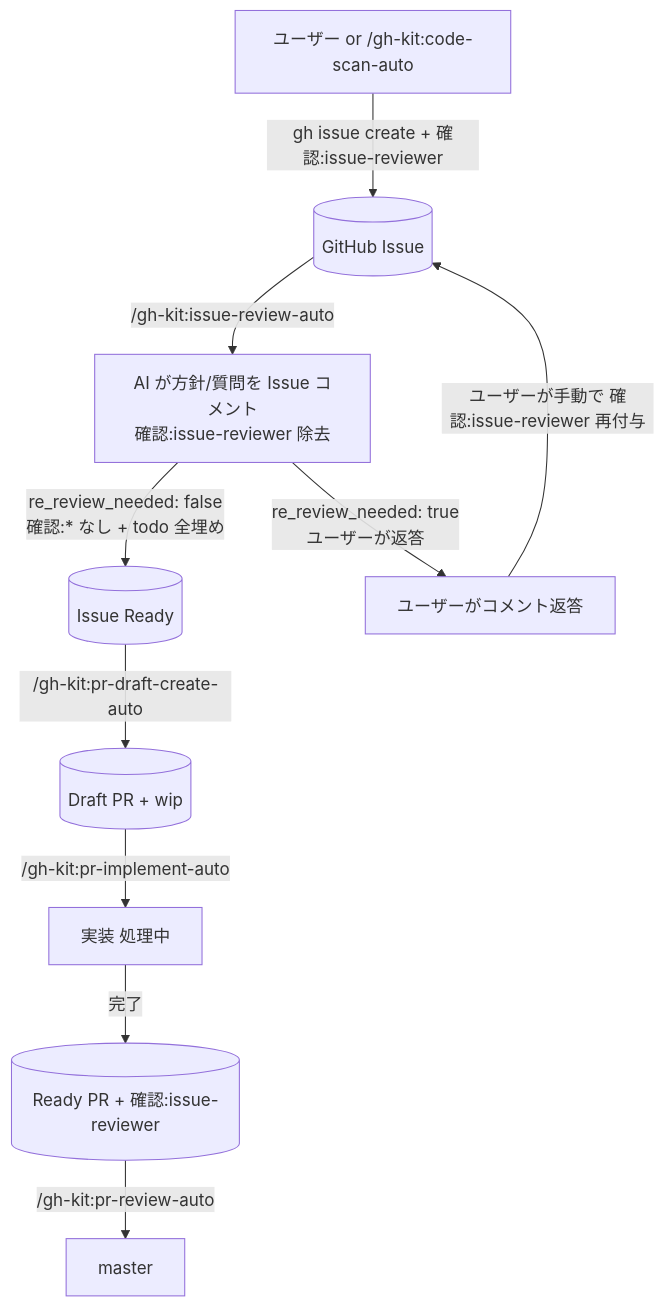
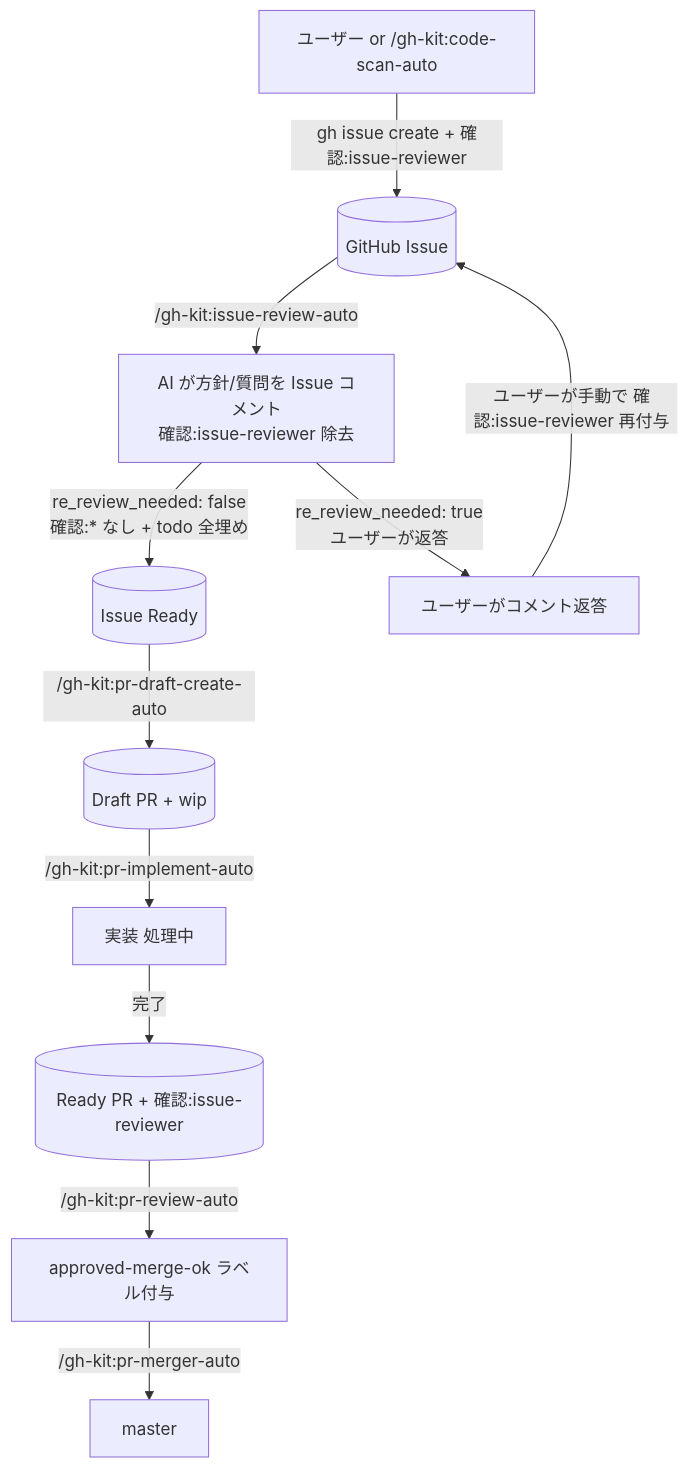
The diagram in plugins/gh-kit/CLAUDE.md (shuhei1101/my-plugins), drawn with Mermaid before and after one commit. The commit also changed other lines of this file and 9 other files, not shown here.

First line of the commit message:
feat: pr-merger を新設し、pr-review からマージ責務を分離する (#205)

````diff
--- a/plugins/gh-kit/CLAUDE.md
+++ b/plugins/gh-kit/CLAUDE.md
@@ -9,12 +9,13 @@
 ```mermaid
 flowchart TD
   U[ユーザー or /gh-kit:code-scan-auto] -->|gh issue create + 確認:issue-reviewer| Issue[(GitHub Issue)]
   Issue -->|/gh-kit:issue-review-auto| Review[AI が方針/質問を Issue コメント<br>確認:issue-reviewer 除去]
   Review -->|re_review_needed: false<br>確認:* なし + todo 全埋め| Ready[(Issue Ready)]
   Review -->|re_review_needed: true<br>ユーザーが返答| UserReply[ユーザーがコメント返答]
   UserReply -->|ユーザーが手動で 確認:issue-reviewer 再付与| Issue
   Ready -->|/gh-kit:pr-draft-create-auto| WIP[(Draft PR + wip)]
   WIP -->|/gh-kit:pr-implement-auto| Implementing[実装 処理中]
   Implementing -->|完了| NAR[(Ready PR + 確認:issue-reviewer)]
-  NAR -->|/gh-kit:pr-review-auto| Merged[master]
+  NAR -->|/gh-kit:pr-review-auto| Reviewed[approved-merge-ok ラベル付与]
+  Reviewed -->|/gh-kit:pr-merger-auto| Merged[master]
 ```
````
